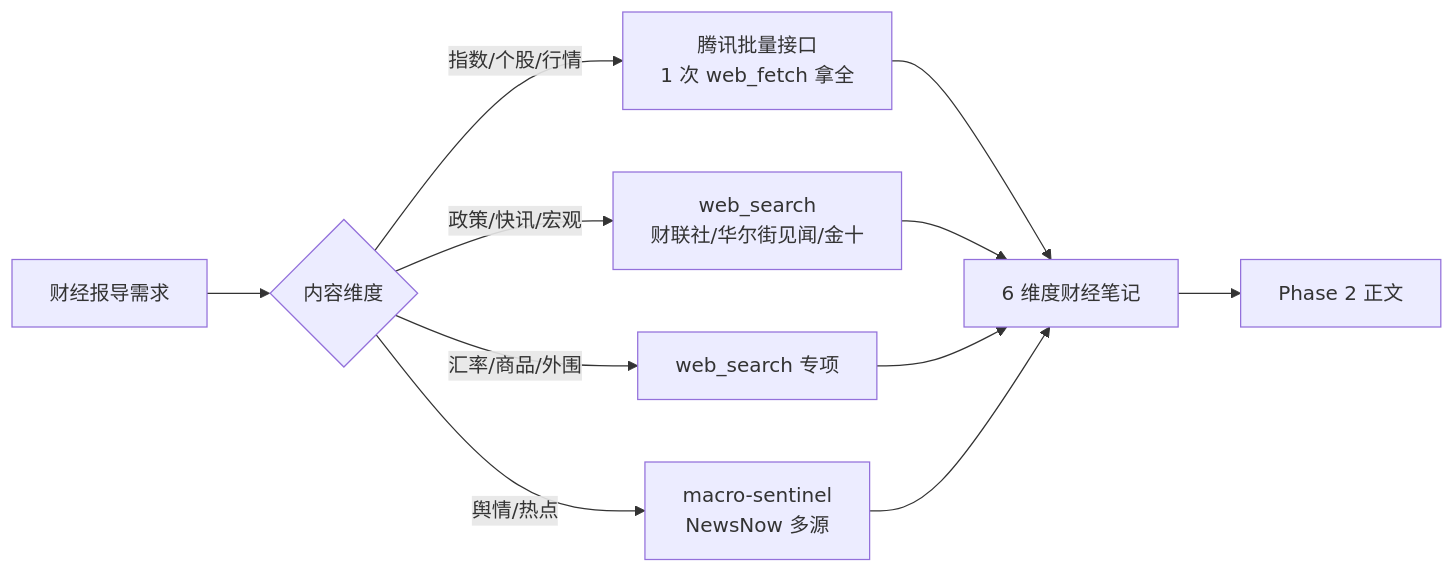
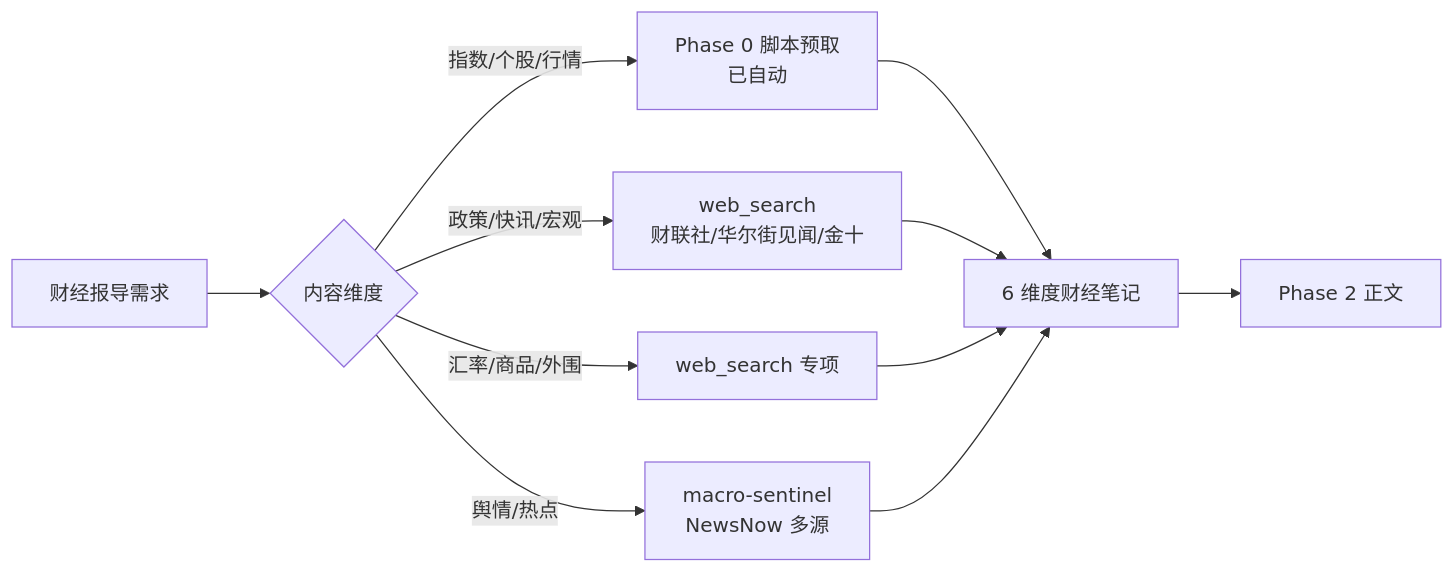
Before and after one commit to LoganChi/hermes-finance: the third of 3 diagrams in skills/finance-report/flow.md, drawn with Mermaid. The commit also changed other lines of this file, not shown here.

Commit message:
docs: flow 依赖/安装改为通用+Claw参考实现 (面向其他框架用户)

````diff
--- a/skills/finance-report/flow.md
+++ b/skills/finance-report/flow.md
@@ -41,13 +68,13 @@
 ```mermaid
 flowchart LR
     Req[财经报导需求] --> Dim{内容维度}
-    Dim -->|指数/个股/行情| QQ[腾讯批量接口<br/>1 次 web_fetch 拿全]
+    Dim -->|指数/个股/行情| P0[Phase 0 脚本预取<br/>已自动]
     Dim -->|政策/快讯/宏观| SR[web_search<br/>财联社/华尔街见闻/金十]
     Dim -->|汇率/商品/外围| SR2[web_search 专项]
     Dim -->|舆情/热点| MS[macro-sentinel<br/>NewsNow 多源]
-    QQ --> Notes[6 维度财经笔记]
+    P0 --> Notes[6 维度财经笔记]
     SR --> Notes
     SR2 --> Notes
     MS --> Notes
     Notes --> P2[Phase 2 正文]
 ```
````
